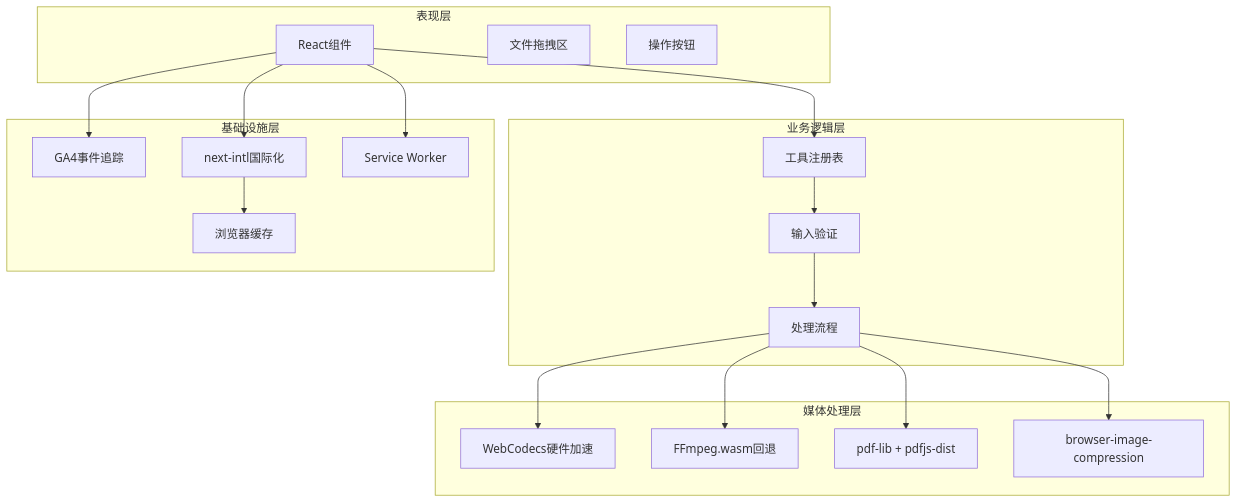
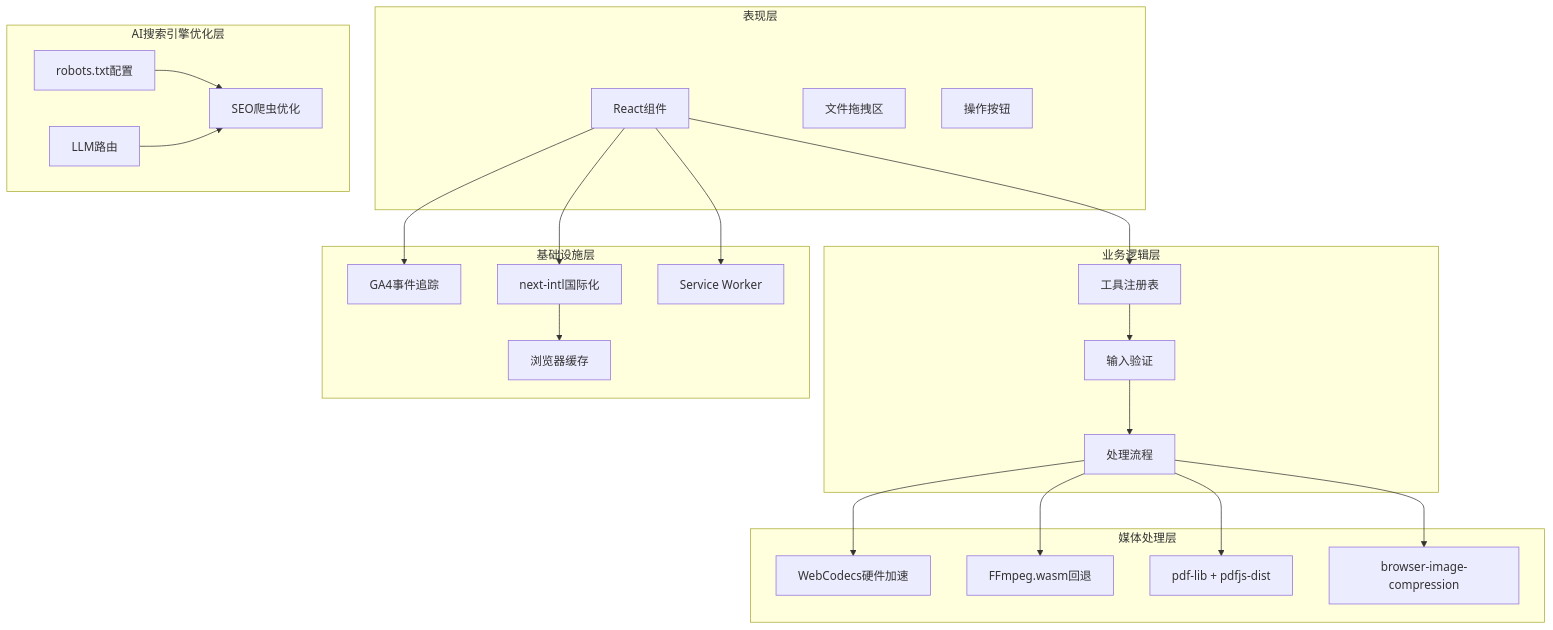
The fourth of 10 diagrams in .qoder/repowiki/zh/content/性能优化/SEO内容交付系统.md (sgyy/privadeck), drawn with Mermaid before and after one commit. The commit also changed other lines of this file and 3 other files, not shown here.

````diff
--- a/.qoder/repowiki/zh/content/性能优化/SEO内容交付系统.md
+++ b/.qoder/repowiki/zh/content/性能优化/SEO内容交付系统.md
@@ -166,36 +184,43 @@
 ```mermaid
 graph TB
 subgraph "表现层"
 UI[React组件]
 DROPZONE[文件拖拽区]
 BUTTONS[操作按钮]
 end
 subgraph "业务逻辑层"
 REGISTRY[工具注册表]
 VALIDATION[输入验证]
 PROCESSING[处理流程]
 end
 subgraph "媒体处理层"
 WEBCODECS[WebCodecs硬件加速]
 FFMPEG[FFmpeg.wasm回退]
 PDFJS[pdf-lib + pdfjs-dist]
 IMAGE_COMPRESSION[browser-image-compression]
 end
 subgraph "基础设施层"
 ANALYTICS[GA4事件追踪]
 I18N[next-intl国际化]
 CACHE[浏览器缓存]
 SW[Service Worker]
 end
+subgraph "AI搜索引擎优化层"
+ROBOTS_TXT[robots.txt配置]
+LLM_ROUTES[LLM路由]
+SEO_CRAWLERS[SEO爬虫优化]
+end
 UI --> REGISTRY
 REGISTRY --> VALIDATION
 VALIDATION --> PROCESSING
 PROCESSING --> WEBCODECS
 PROCESSING --> FFMPEG
 PROCESSING --> PDFJS
 PROCESSING --> IMAGE_COMPRESSION
 UI --> ANALYTICS
 UI --> I18N
 I18N --> CACHE
 UI --> SW
+ROBOTS_TXT --> SEO_CRAWLERS
+LLM_ROUTES --> SEO_CRAWLERS
 ```
````
